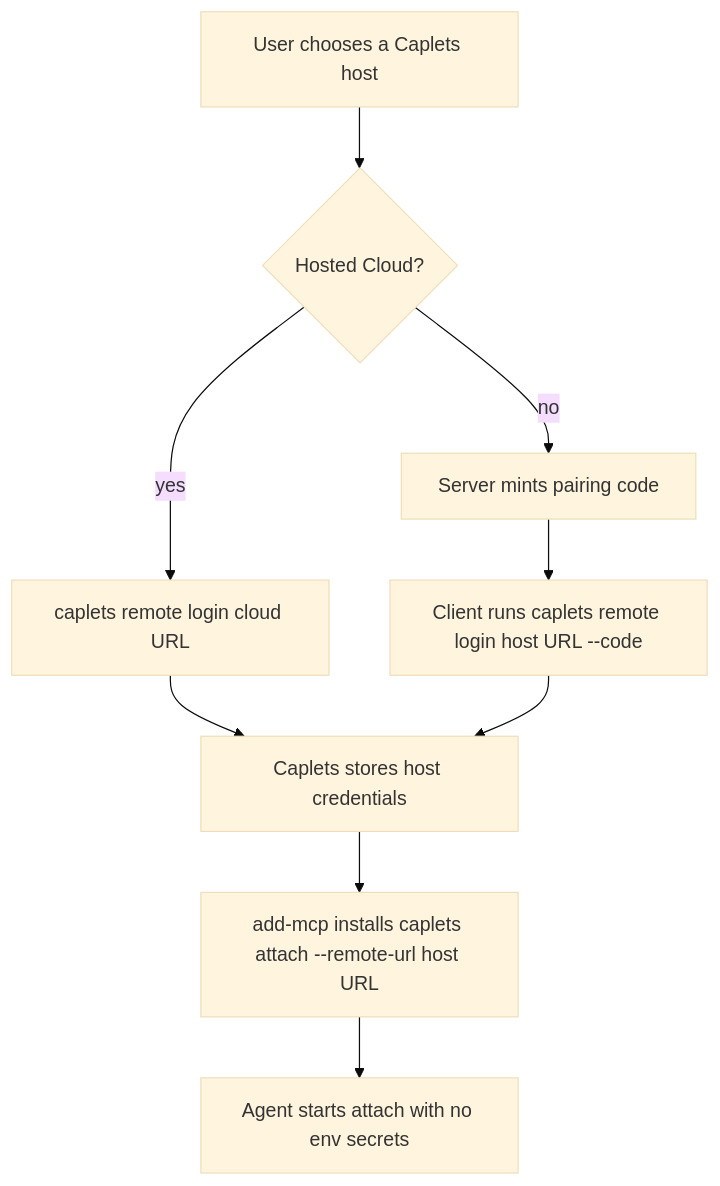
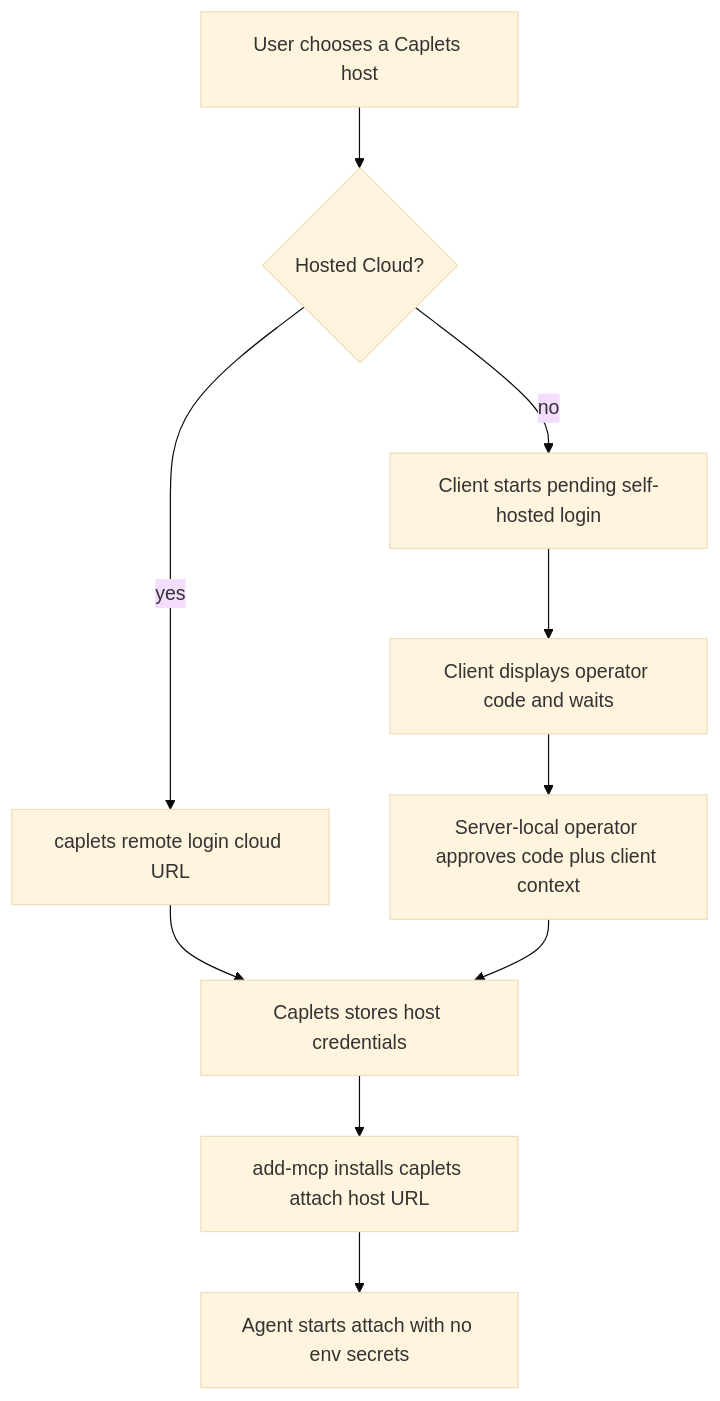
The diagram in docs/brainstorms/2026-06-19-unified-remote-attach-auth-requirements.md (spiritledsoftware/caplets), drawn with Mermaid (base theme) before and after one commit. The commit also changed other lines of this file and 37 other files, not shown here.

First line of the commit message:
feat(core): add self-hosted pending remote login (#144)

````diff
--- a/docs/brainstorms/2026-06-19-unified-remote-attach-auth-requirements.md
+++ b/docs/brainstorms/2026-06-19-unified-remote-attach-auth-requirements.md
@@ -33,11 +39,12 @@
 ```mermaid
 flowchart TB
   A["User chooses a Caplets host"] --> B{"Hosted Cloud?"}
   B -->|yes| C["caplets remote login cloud URL"]
-  B -->|no| D["Server mints pairing code"]
-  D --> E["Client runs caplets remote login host URL --code"]
-  C --> F["Caplets stores host credentials"]
-  E --> F
-  F --> G["add-mcp installs caplets attach --remote-url host URL"]
-  G --> H["Agent starts attach with no env secrets"]
+  B -->|no| D["Client starts pending self-hosted login"]
+  D --> E["Client displays operator code and waits"]
+  E --> F["Server-local operator approves code plus client context"]
+  C --> G["Caplets stores host credentials"]
+  F --> G
+  G --> H["add-mcp installs caplets attach host URL"]
+  H --> I["Agent starts attach with no env secrets"]
 ```
````
